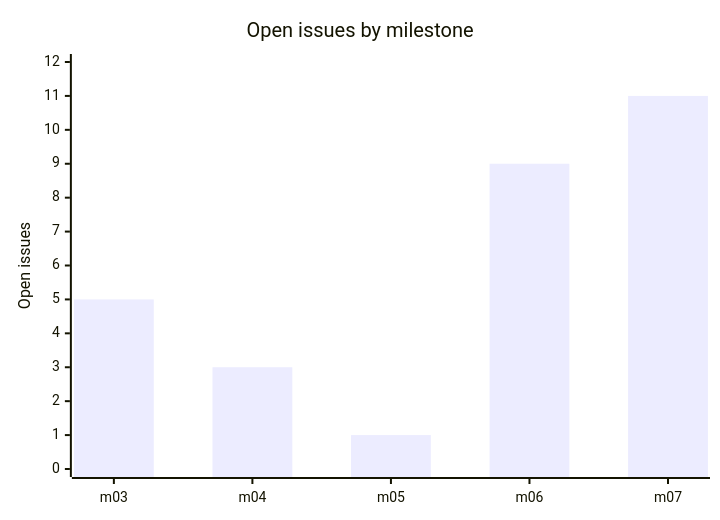
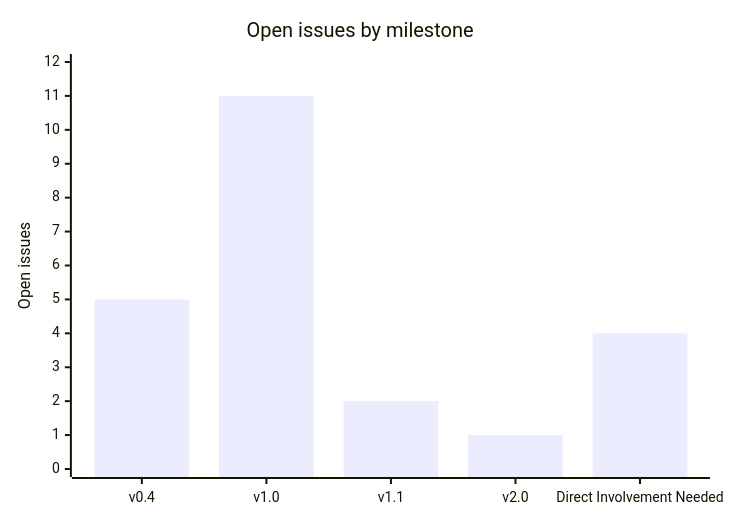
One commit to derekwinters/lucas-doggiehood changed the second of 2 diagrams in .claude/skills/pipeline-dashboard/tests/expected_dashboard.md. Above: the diagram before and after it, drawn with Mermaid. The commit also changed other lines of this file and 30 other files, not shown here.

````diff
--- a/.claude/skills/pipeline-dashboard/tests/expected_dashboard.md
+++ b/.claude/skills/pipeline-dashboard/tests/expected_dashboard.md
@@ -96,7 +96,7 @@
 ```mermaid
 xychart-beta
     title "Open issues by milestone"
-    x-axis [m03, m04, m05, m06, m07]
+    x-axis ["v0.4", "v1.0", "v1.1", "v2.0", "Direct Involvement Needed"]
     y-axis "Open issues" 0 --> 12
-    bar [5, 3, 1, 9, 11]
+    bar [5, 11, 2, 1, 4]
 ```
````
